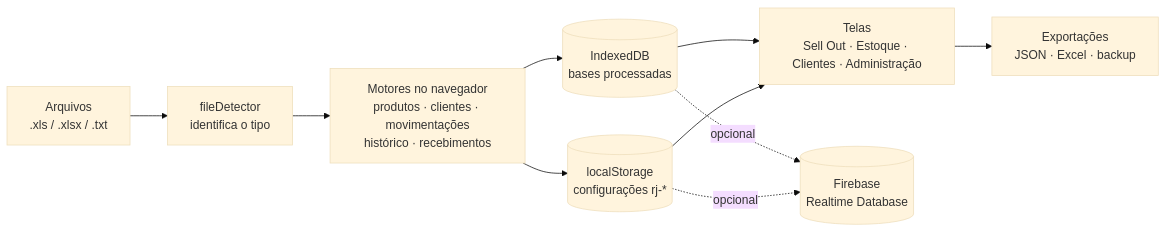
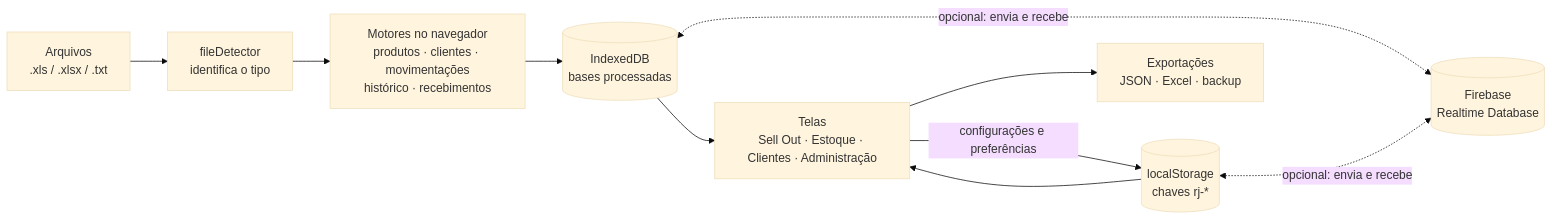
Before and after one commit to luisfernandotriunfante-bit/blue-jacket-next: the diagram in README.md, drawn with Mermaid (base theme). The commit also changed other lines of this file and 1 other file, not shown here.

Commit message:
docs: corrigir afirmacoes factuais do README e estado do HANDOFF (PR #146)
Aviso sobre dados comerciais e .gitignore, descricao do deploy sem afirmar o estado de producao, limitacao de dados com Firebase, setas do Mermaid (localStorage e sync bidirecional) e HANDOFF referenciando a PR #146 em vez de aguardando merge.

````diff
--- a/README.md
+++ b/README.md
@@ -54,12 +54,12 @@
 ```mermaid
 flowchart LR
   A["Arquivos<br/>.xls / .xlsx / .txt"] --> B["fileDetector<br/>identifica o tipo"]
   B --> C["Motores no navegador<br/>produtos · clientes · movimentações<br/>histórico · recebimentos"]
   C --> D[("IndexedDB<br/>bases processadas")]
-  C --> E[("localStorage<br/>configurações rj-*")]
   D --> F["Telas<br/>Sell Out · Estoque · Clientes · Administração"]
+  F -- "configurações e preferências" --> E[("localStorage<br/>chaves rj-*")]
   E --> F
-  D -. "opcional" .-> G[("Firebase<br/>Realtime Database")]
-  E -. "opcional" .-> G
+  D <-. "opcional: envia e recebe" .-> G[("Firebase<br/>Realtime Database")]
+  E <-. "opcional: envia e recebe" .-> G
   F --> H["Exportações<br/>JSON · Excel · backup"]
 ```
````
